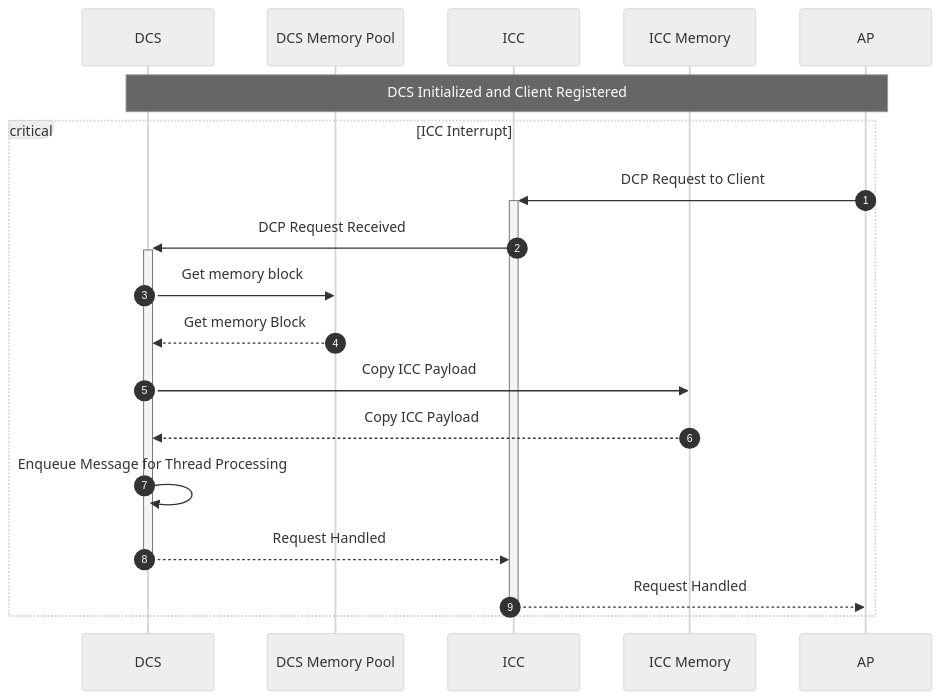
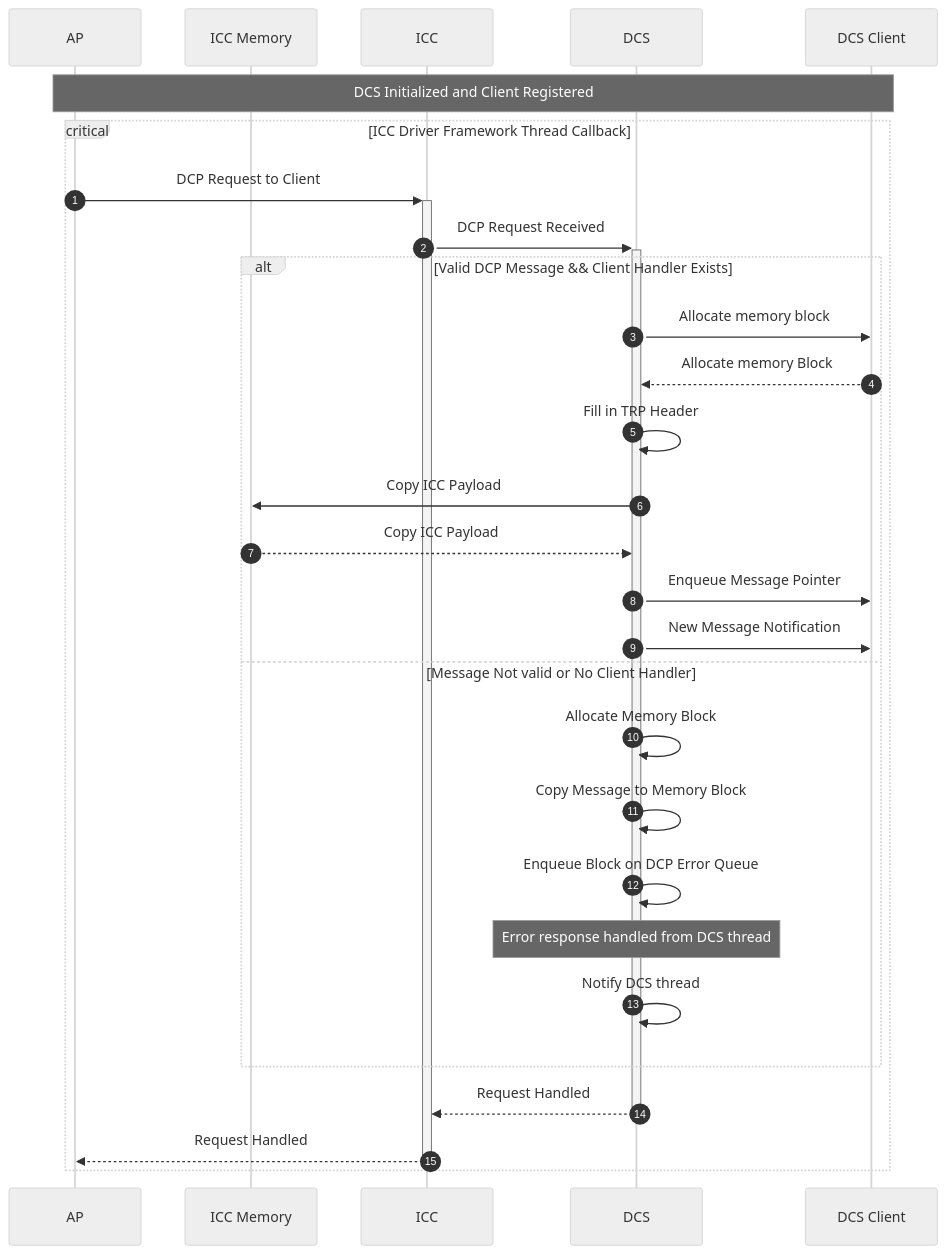
The second of 5 diagrams in docs/development/FirmwareDesign/data_collection.md (jivahire-com/cpp-thread-safe-cache), drawn with Mermaid (neutral theme) before and after one commit. The commit also changed other lines of this file and 27 other files, not shown here.

```diff
--- a/docs/development/FirmwareDesign/data_collection.md
+++ b/docs/development/FirmwareDesign/data_collection.md
@@ -114,26 +134,37 @@
 :::mermaid
 sequenceDiagram
     autonumber
+
+    participant AP
+    participant ICC_Mem as ICC Memory
+    participant ICC
     participant DCS
-    participant DCS_Mem as DCS Memory Pool
-    participant ICC
-    participant ICC_Mem as ICC Memory
-    participant AP
+    participant Client as DCS Client
 
-    note over DCS, AP: DCS Initialized and Client Registered
+    note over AP, Client: DCS Initialized and Client Registered
 
     %% DCS offloading of DCP Messages to its thread
-    critical ICC Interrupt
+    critical ICC Driver Framework Thread Callback
 
       AP ->> +ICC: DCP Request to Client
       ICC ->> +DCS: DCP Request Received
-      DCS ->> DCS_Mem: Get memory block
-      DCS_Mem -->> DCS: Get memory Block
-      DCS ->> ICC_Mem: Copy ICC Payload
-      ICC_Mem -->> DCS: Copy ICC Payload
-      DCS ->> DCS: Enqueue Message for Thread Processing
+      alt Valid DCP Message && Client Handler Exists
+        DCS ->> Client: Allocate memory block
+        Client -->> DCS: Allocate memory Block
+        DCS ->> DCS: Fill in TRP Header
+        DCS ->> ICC_Mem: Copy ICC Payload
+        ICC_Mem -->> DCS: Copy ICC Payload
+        DCS ->> Client: Enqueue Message Pointer
+        DCS ->> Client: New Message Notification
+      else Message Not valid or No Client Handler
+        DCS ->> DCS: Allocate Memory Block
+        DCS ->> DCS: Copy Message to Memory Block
+        DCS ->> DCS: Enqueue Block on DCP Error Queue
+        note over DCS: Error response handled from DCS thread
+        DCS ->> DCS: Notify DCS thread
+      end
       DCS -->> -ICC: Request Handled
       ICC -->> -AP: Request Handled
 
     end
 :::
```
